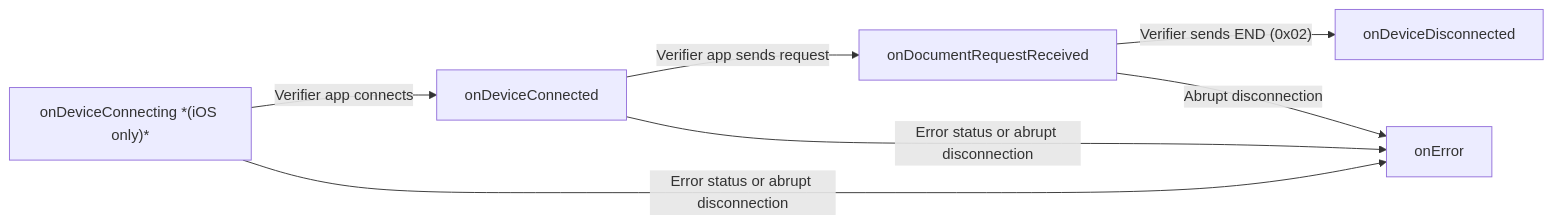
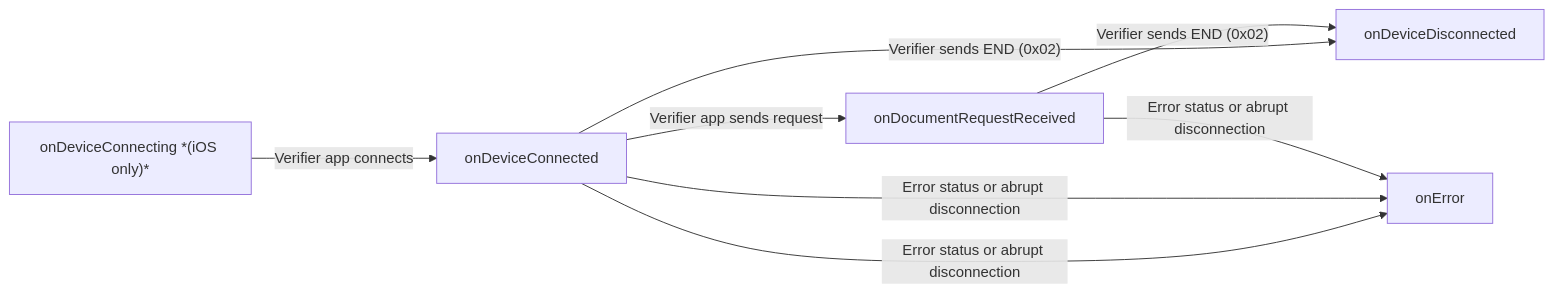
Before and after one commit to pagopa/io-react-native-iso18013: the first of 2 diagrams in src/iso18013/iso18013-5/README.md, drawn with Mermaid. The commit also changed other lines of this file, not shown here.

Commit message:
docs: update mermaid flowchart

````diff
--- a/src/iso18013/iso18013-5/README.md
+++ b/src/iso18013/iso18013-5/README.md
@@ -25,17 +25,18 @@
 ```mermaid
 flowchart LR
     onDeviceConnecting["onDeviceConnecting *(iOS only)*"]
     onDeviceConnected["onDeviceConnected"]
     onDocumentRequestReceived["onDocumentRequestReceived"]
     onDeviceDisconnected["onDeviceDisconnected"]
     onError["onError"]
 
     onDeviceConnecting -- "Verifier app connects" --> onDeviceConnected
-    onDeviceConnecting -- "Error status or abrupt disconnection" --> onError
 
     onDeviceConnected -- "Verifier app sends request" --> onDocumentRequestReceived
     onDeviceConnected -- "Error status or abrupt disconnection" --> onError
 
+    onDeviceConnected -- "Verifier sends END (0x02)" --> onDeviceDisconnected
+    onDeviceConnected -- "Error status or abrupt disconnection" --> onError
     onDocumentRequestReceived -- "Verifier sends END (0x02)" --> onDeviceDisconnected
-    onDocumentRequestReceived -- "Abrupt disconnection" --> onError
+    onDocumentRequestReceived -- "Error status or abrupt disconnection" --> onError
 ```
````
